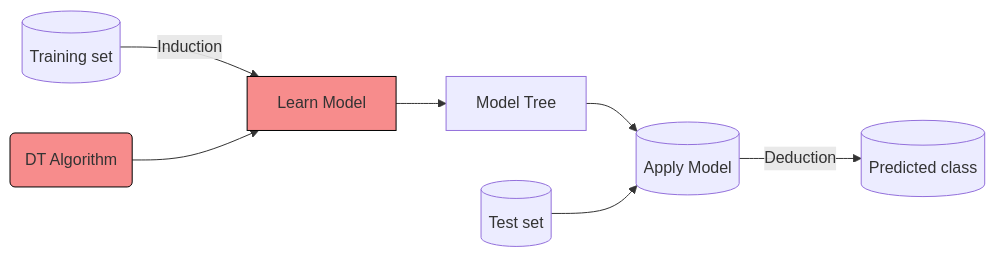
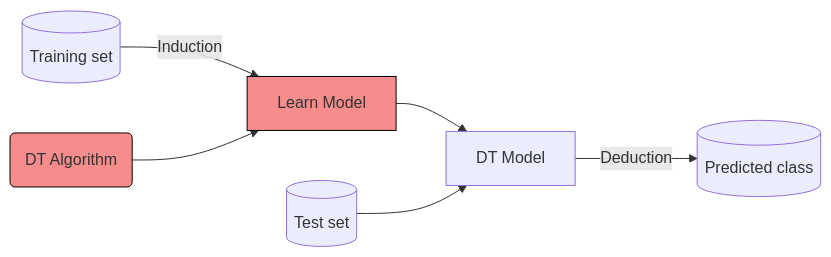
Before and after one commit to w4bo/AA2627-unibo-mldm: the eighth of 20 diagrams in slides/02-dt.qmd, drawn with Mermaid. The commit also changed other lines of this file and 3 other files, not shown here.

Commit message:
fix: update the charts

````diff
--- a/slides/02-dt.qmd
+++ b/slides/02-dt.qmd
@@ -304,16 +328,16 @@
 ```{mermaid}
 %%| echo: false
 flowchart LR
     A[("Training set")]
     G[("Test set")]
     F[("Predicted class")]
+
     A -->|Induction| B[Learn Model]
     C(DT Algorithm) --> B
-    B --> D[Model Tree]
-    D --> E(Apply model)
-    E -->|Deduction| F
-    G --> E[("Apply Model")]
+    B --> D[DT Model]
+    D -->|Deduction| F
+    G --> D
 
     style B fill:#f78c8c,stroke:#000
     style C fill:#f78c8c,stroke:#000
 ```
````
